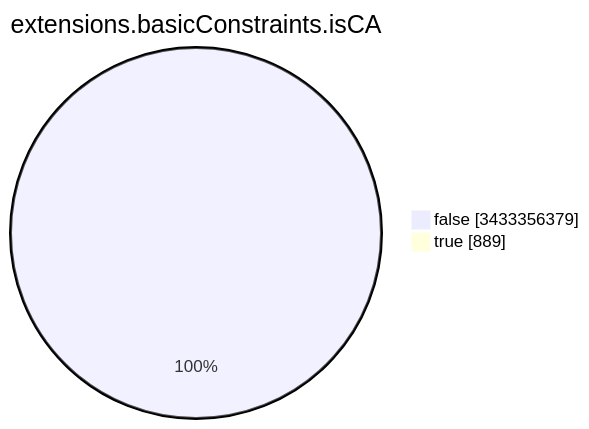
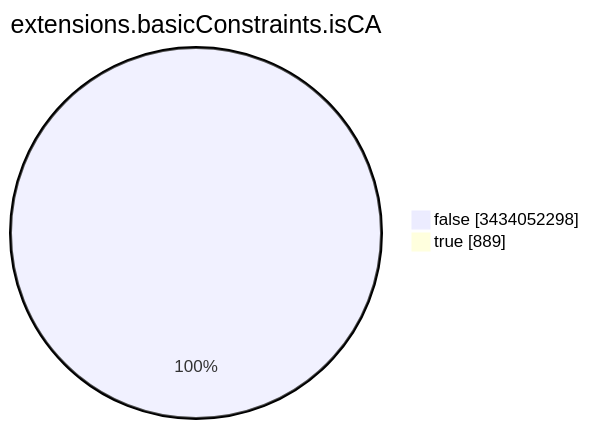
Before and after one commit to christiankrug/ctmonitor_visualization: the seventh of 15 diagrams in TOTAL/README.md, drawn with Mermaid. The commit also changed other lines of this file, not shown here.

````diff
--- a/TOTAL/README.md
+++ b/TOTAL/README.md
@@ -3092,6 +3092,6 @@
 ```mermaid
 pie showData
 title extensions.basicConstraints.isCA
-"false" :3433356379
+"false" :3434052298
 "true" :889
 ```
````
